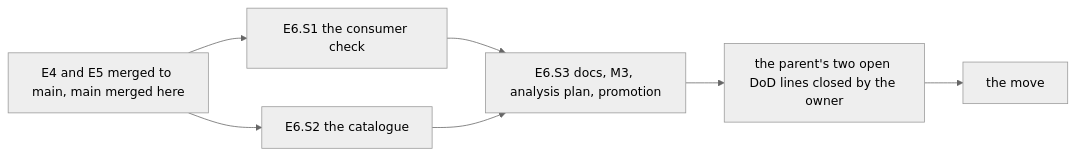
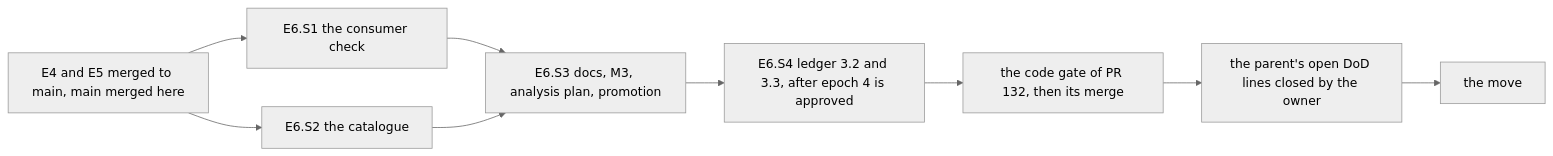
The diagram in todo/PLAN_model_arms_E6.md (oleksandrdubyna88/dew_flow_benchmark), drawn with Mermaid (neutral theme) before and after one commit. The commit also changed other lines of this file and 4 other files, not shown here.

````diff
--- a/todo/PLAN_model_arms_E6.md
+++ b/todo/PLAN_model_arms_E6.md
@@ -438,8 +539,10 @@
 ```mermaid
 flowchart LR
     M[E4 and E5 merged to main, main merged here] --> S1[E6.S1 the consumer check]
     M --> S2[E6.S2 the catalogue]
     S1 --> S3[E6.S3 docs, M3, analysis plan, promotion]
     S2 --> S3
-    S3 --> O[the parent's two open DoD lines closed by the owner] --> P[the move]
+    S3 --> S4[E6.S4 ledger 3.2 and 3.3, after epoch 4 is approved]
+    S4 --> G[the code gate of PR 132, then its merge]
+    G --> O[the parent's open DoD lines closed by the owner] --> P[the move]
 ```
````
